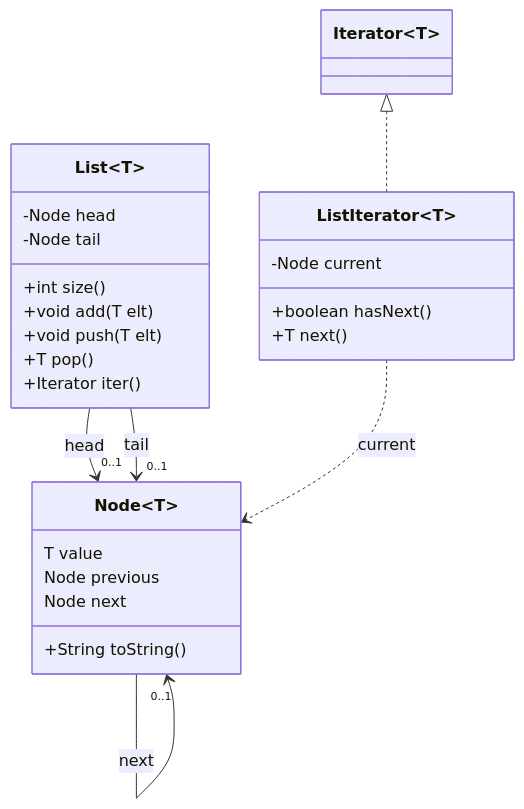
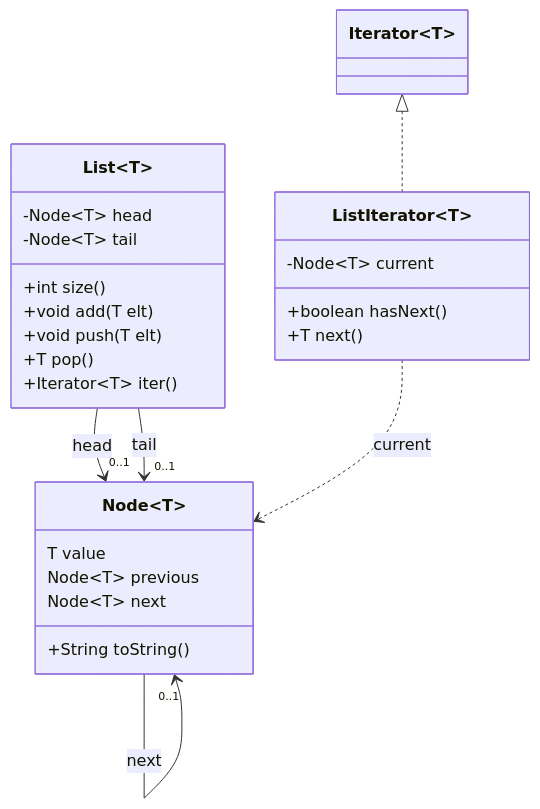
Before and after one commit to nbeney/codebar-java-data-structures: the first of 6 diagrams in README.md, drawn with Mermaid.

````diff
--- a/README.md
+++ b/README.md
@@ -5,36 +5,36 @@
 ```mermaid
 classDiagram
     class Node["Node&lt;T&gt;"] {
         T value
-        Node previous
-        Node next
+        Node&lt;T&gt; previous
+        Node&lt;T&gt; next
         +String toString()
     }
 
     Node --> "0..1" Node : previous
     Node --> "0..1" Node : next
 
     class List["List&lt;T&gt;"] {
-        -Node head
-        -Node tail
+        -Node&lt;T&gt; head
+        -Node&lt;T&gt; tail
         +int size()
         +void add(T elt)
         +void push(T elt)
         +T pop()
-        +Iterator iter()
+        +Iterator&lt;T&gt; iter()
     }
 
     List --> "0..1" Node : head
     List --> "0..1" Node : tail
 
     class Iterator["Iterator&lt;T&gt;"]
 
     class ListIterator["ListIterator&lt;T&gt;"] {
-        -Node current
+        -Node&lt;T&gt; current
         +boolean hasNext()
         +T next()
     }
 
     Iterator <|.. ListIterator
     ListIterator ..> Node : current
 ```
````
